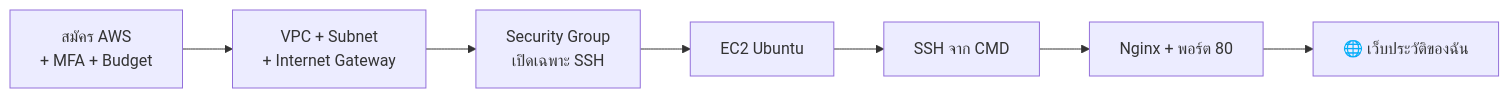
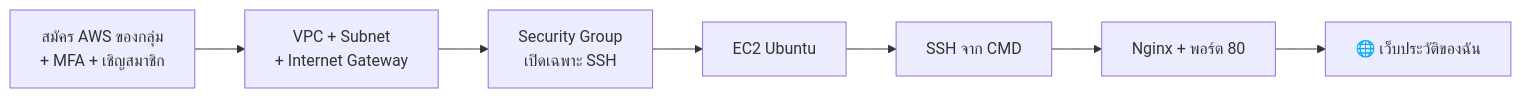
Before and after one commit to aumnaj/ict24167: the diagram in README.md, drawn with Mermaid. The commit also changed other lines of this file, not shown here.

First line of the commit message:
Revise AWS account setup and safety guidelines

````diff
--- a/README.md
+++ b/README.md
@@ -18,9 +18,9 @@
 ```mermaid
 flowchart LR
-    A["สมัคร AWS<br/>+ MFA + Budget"] --> B["VPC + Subnet<br/>+ Internet Gateway"]
+    A["สมัคร AWS ของกลุ่ม<br/>+ MFA + เชิญสมาชิก"] --> B["VPC + Subnet<br/>+ Internet Gateway"]
     B --> C["Security Group<br/>เปิดเฉพาะ SSH"]
     C --> D["EC2 Ubuntu"]
     D --> E["SSH จาก CMD"]
     E --> F["Nginx + พอร์ต 80"]
     F --> G["🌐 เว็บประวัติของฉัน"]
 ```
````
